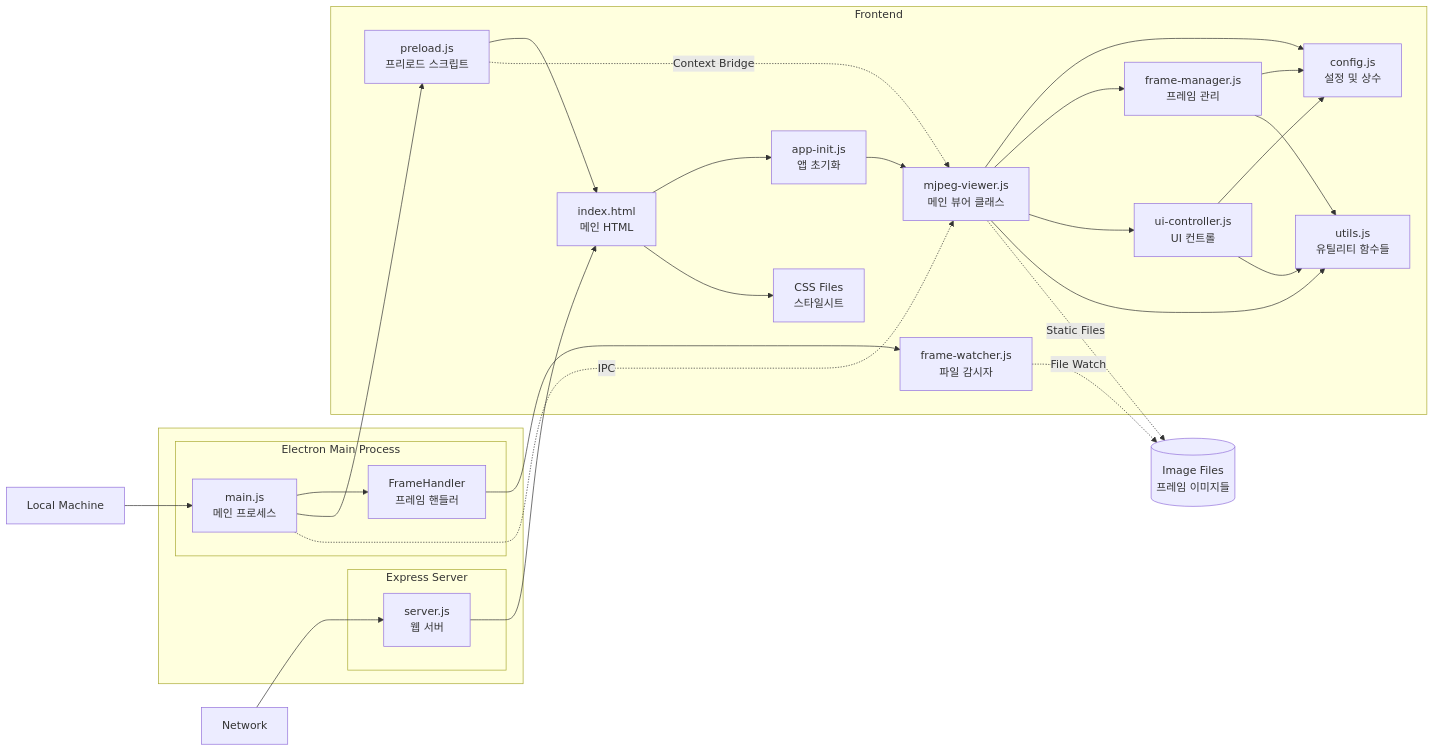
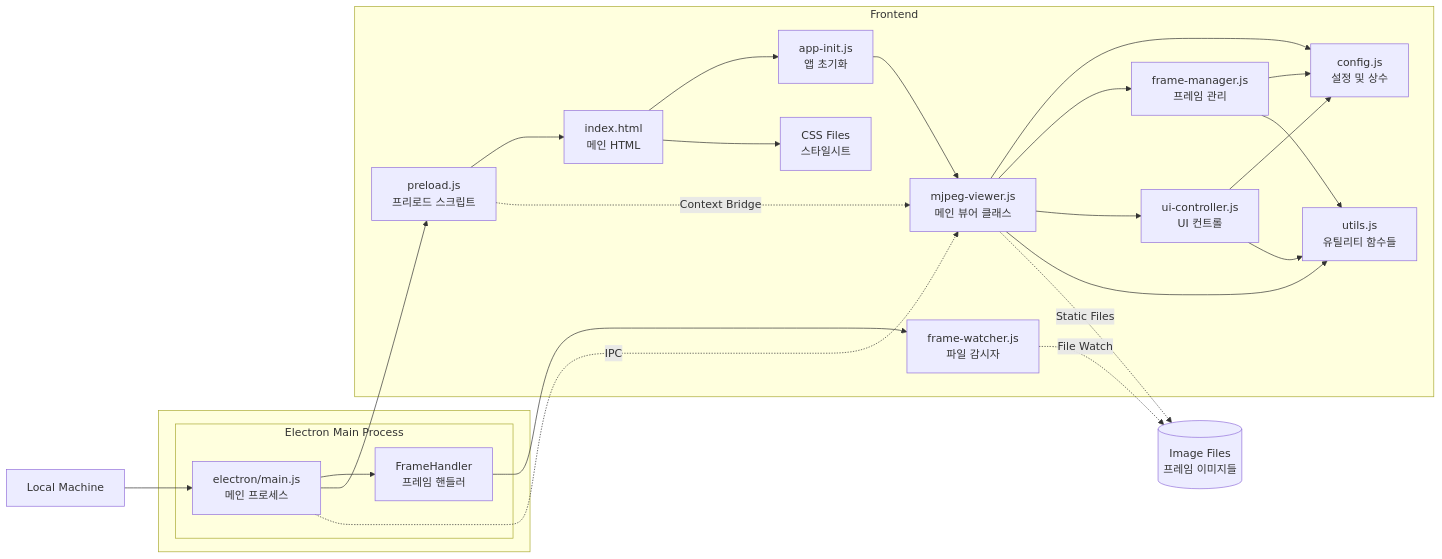
The first of 4 diagrams in README.md (ddonyo/camera), drawn with Mermaid before and after one commit. The commit also changed other lines of this file and 38 other files, not shown here.

````diff
--- a/README.md
+++ b/README.md
@@ -138,52 +78,46 @@
 ```mermaid
 graph LR
-    AAA[Network]
     AA[Local Machine]
     subgraph " "
-        subgraph "Express Server"
-            C[server.js<br/>웹 서버]
-        end
         subgraph "Electron Main Process"
-            A[main.js<br/>메인 프로세스]
+            A[electron/main.js<br/>메인 프로세스]
             D[FrameHandler<br/>프레임 핸들러]
         end
     end
     subgraph "Frontend"
         B[preload.js<br/>프리로드 스크립트]
         G[index.html<br/>메인 HTML]
         H[mjpeg-viewer.js<br/>메인 뷰어 클래스]
         I[config.js<br/>설정 및 상수]
         J[frame-manager.js<br/>프레임 관리]
         K[ui-controller.js<br/>UI 컨트롤]
         L[utils.js<br/>유틸리티 함수들]
         M[CSS Files<br/>스타일시트]
         O[frame-watcher.js<br/>파일 감시자]
         P[app-init.js<br/>앱 초기화]
     end
 
     N[(Image Files<br/>프레임 이미지들)]
 
     AA --> A
-    AAA --> C
     A --> D
     A --> B
     D --> O
     B --> G
-    C --> G
     G --> P
     P --> H
     H --> I
     H --> J
     H --> K
     H --> L
     J --> I
     J --> L
     K --> I
     K --> L
     G --> M
 
     A -.->|IPC| H
     B -.->|Context Bridge| H
     H -.->|Static Files| N
     O -.->|File Watch| N
 ```
````
